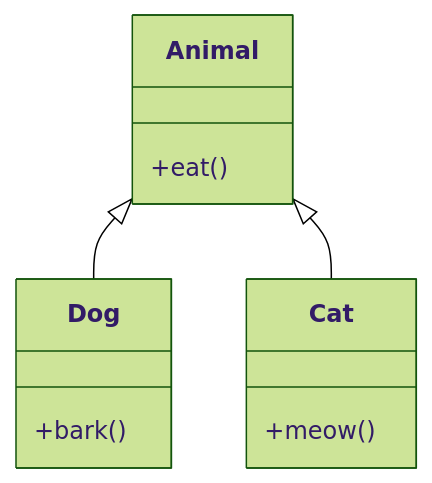
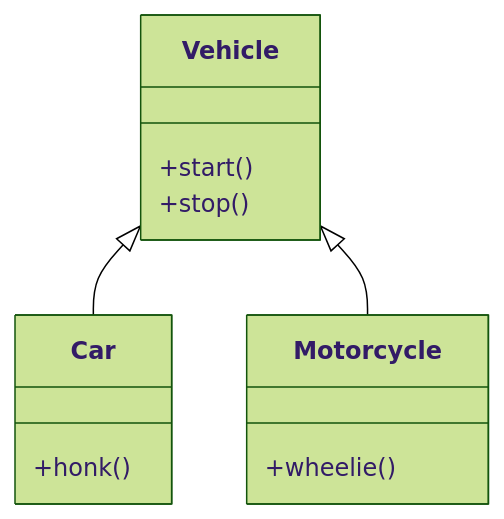
One commit to VrushankPatel/interview-matters changed the second of 3 diagrams in oop-principles-in-java/README.md. Above: the diagram before and after it, drawn with Mermaid (forest theme). The commit also changed other lines of this file and 5 other files, not shown here.

````diff
--- a/oop-principles-in-java/README.md
+++ b/oop-principles-in-java/README.md
@@ -115,14 +47,15 @@
 ```mermaid
 classDiagram
-    class Animal {
-        +eat()
+    Vehicle <|-- Car
+    Vehicle <|-- Motorcycle
+    class Vehicle {
+        +start()
+        +stop()
     }
-    class Dog {
-        +bark()
+    class Car {
+        +honk()
     }
-    class Cat {
-        +meow()
+    class Motorcycle {
+        +wheelie()
     }
-    Animal <|-- Dog
-    Animal <|-- Cat
 ```
````
